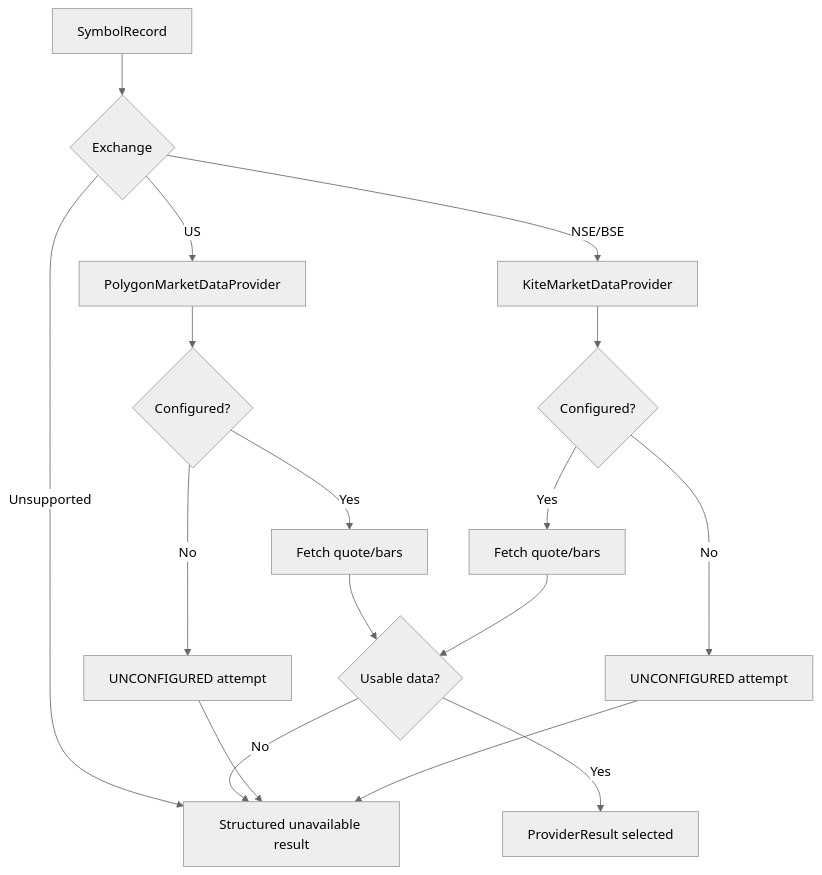
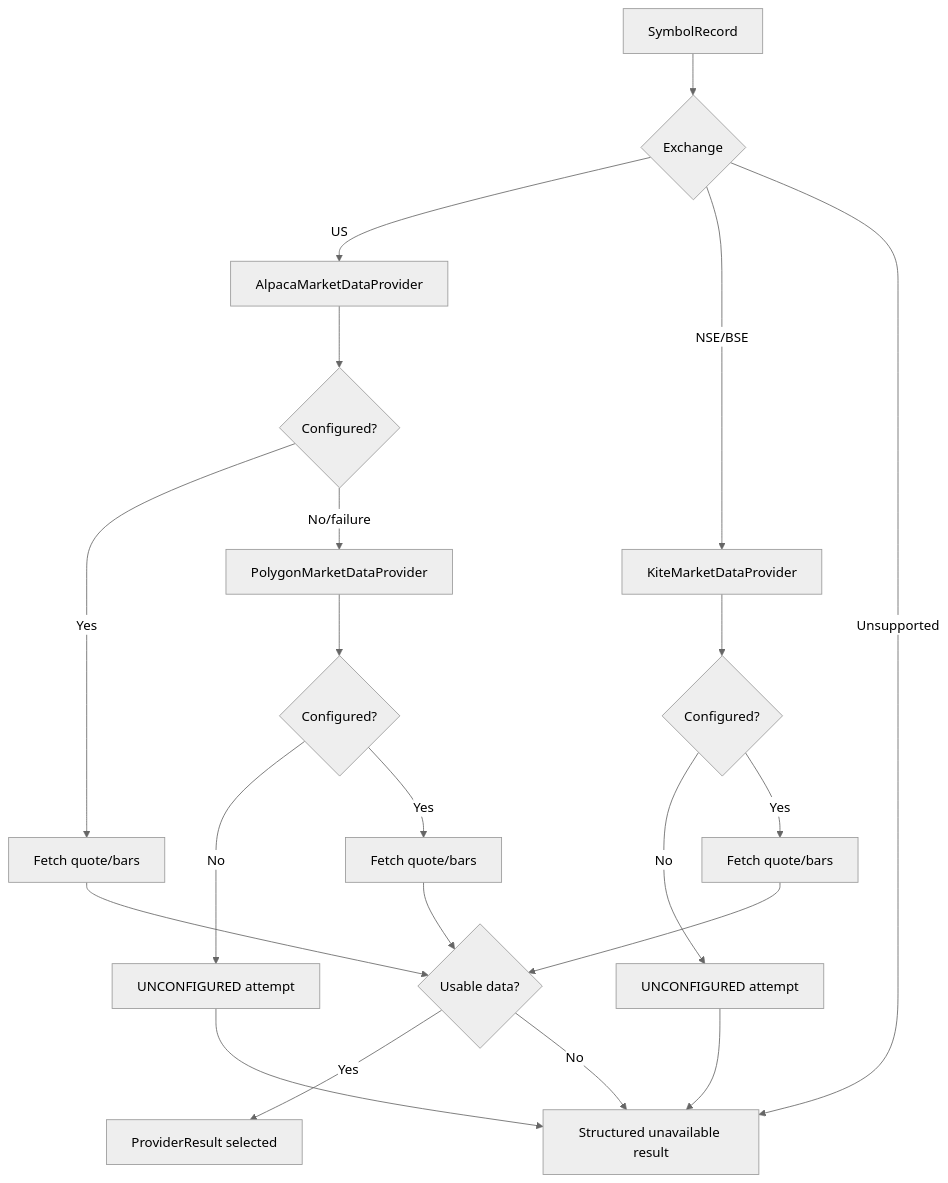
Before and after one commit to Orphyxz/FinSent: the first of 2 diagrams in docs/PROVIDER_ARCHITECTURE.md, drawn with Mermaid (neutral theme). The commit also changed other lines of this file and 24 other files, not shown here.

````diff
--- a/docs/PROVIDER_ARCHITECTURE.md
+++ b/docs/PROVIDER_ARCHITECTURE.md
@@ -45,19 +45,23 @@
 ```mermaid
 flowchart TD
     Symbol[SymbolRecord] --> Exchange{Exchange}
-    Exchange -->|US| Polygon[PolygonMarketDataProvider]
+    Exchange -->|US| Alpaca[AlpacaMarketDataProvider]
+    Alpaca --> AConfigured{Configured?}
+    AConfigured -->|Yes| AFetch[Fetch quote/bars]
+    AConfigured -->|No/failure| Polygon[PolygonMarketDataProvider]
     Exchange -->|NSE/BSE| Kite[KiteMarketDataProvider]
     Exchange -->|Unsupported| Unavailable[Structured unavailable result]
     Polygon --> PConfigured{Configured?}
     Kite --> KConfigured{Configured?}
     PConfigured -->|No| PUnconfigured[UNCONFIGURED attempt]
     KConfigured -->|No| KUnconfigured[UNCONFIGURED attempt]
     PConfigured -->|Yes| PFetch[Fetch quote/bars]
     KConfigured -->|Yes| KFetch[Fetch quote/bars]
+    AFetch --> Valid{Usable data?}
     PFetch --> Valid{Usable data?}
     KFetch --> Valid
     Valid -->|Yes| Result[ProviderResult selected]
     Valid -->|No| Unavailable
     PUnconfigured --> Unavailable
     KUnconfigured --> Unavailable
 ```
````
